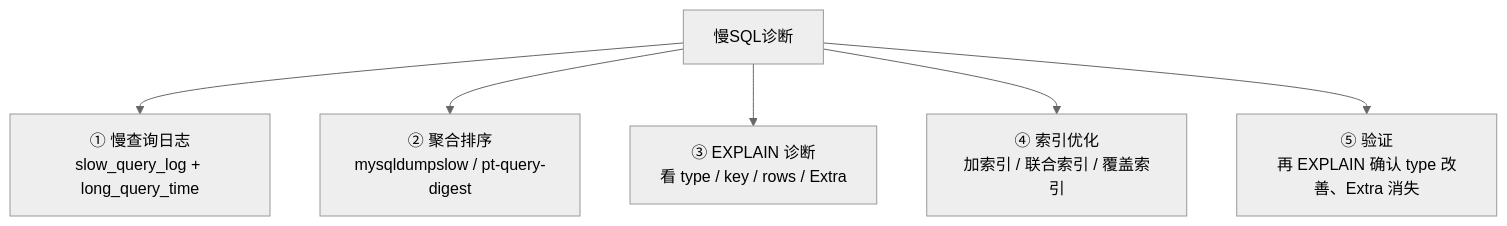
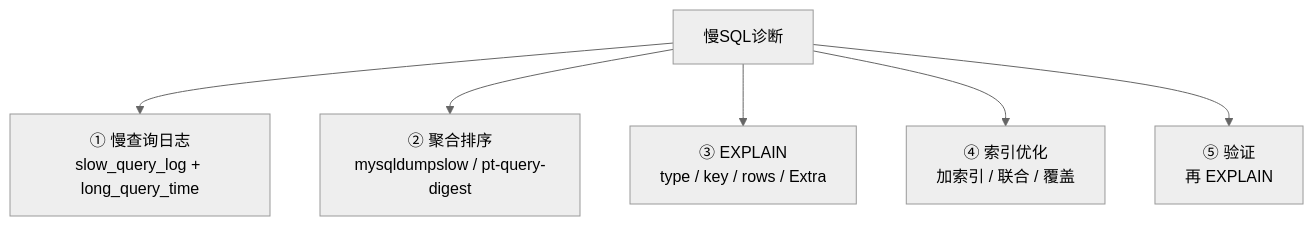
One commit to ml-cuizijun/LearnToLilith changed the second of 4 diagrams in 02-中间件与数据库/01-MySQL/05-备份恢复与慢查询治理/知识点.md. Above: the diagram before and after it, drawn with Mermaid (neutral theme). The commit also changed other lines of this file and 178 other files, not shown here.

````diff
--- a/02-中间件与数据库/01-MySQL/05-备份恢复与慢查询治理/知识点.md
+++ b/02-中间件与数据库/01-MySQL/05-备份恢复与慢查询治理/知识点.md
@@ -277,8 +207,8 @@
 ```mermaid
 flowchart TB
     R["慢SQL诊断"] --> G1["① 慢查询日志<br/>slow_query_log + long_query_time"]
     R --> G2["② 聚合排序<br/>mysqldumpslow / pt-query-digest"]
-    R --> G3["③ EXPLAIN 诊断<br/>看 type / key / rows / Extra"]
-    R --> G4["④ 索引优化<br/>加索引 / 联合索引 / 覆盖索引"]
-    R --> G5["⑤ 验证<br/>再 EXPLAIN 确认 type 改善、Extra 消失"]
+    R --> G3["③ EXPLAIN<br/>type / key / rows / Extra"]
+    R --> G4["④ 索引优化<br/>加索引 / 联合 / 覆盖"]
+    R --> G5["⑤ 验证<br/>再 EXPLAIN"]
 ```
````
